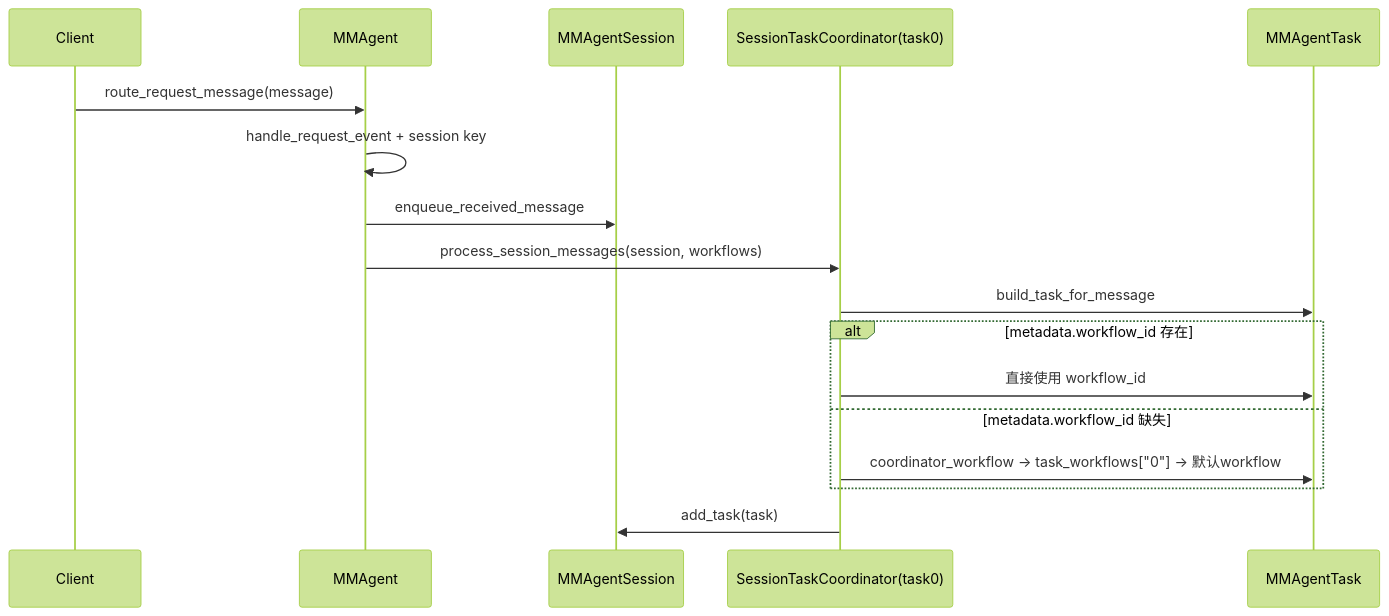
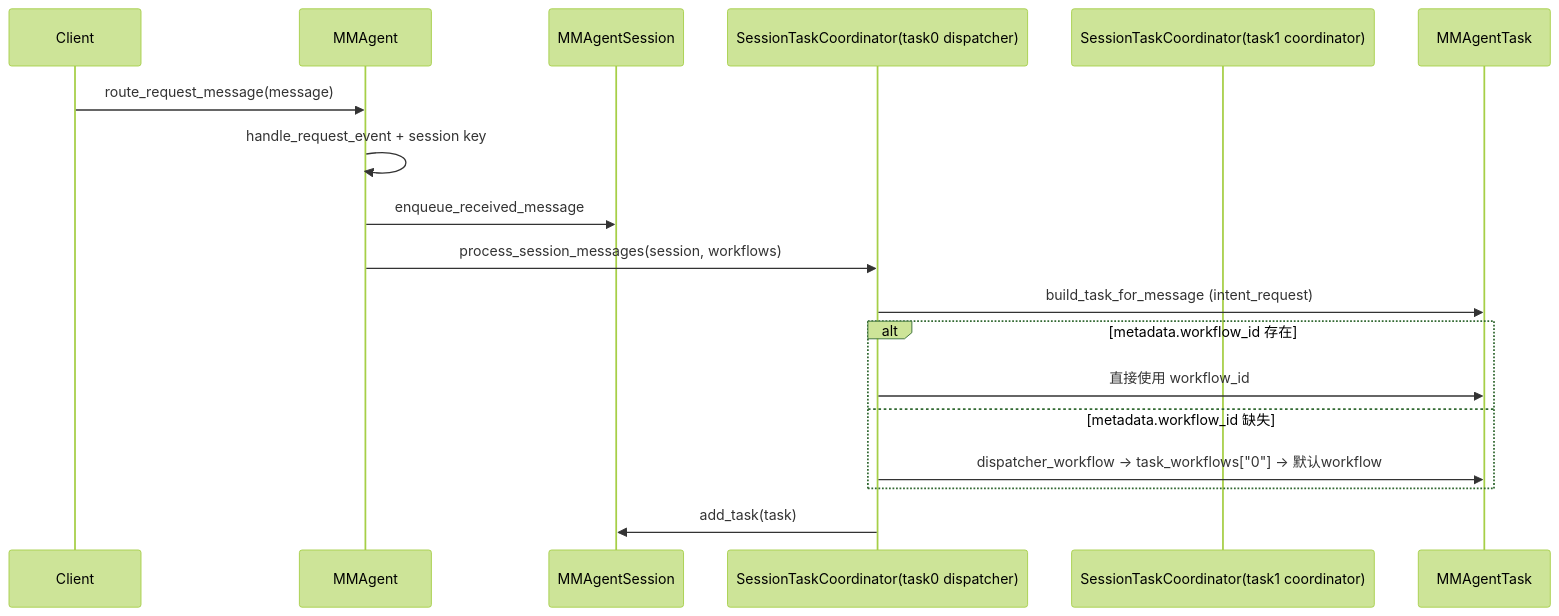
Before and after one commit to xyz11274/agentf: the second of 14 diagrams in docs/ARCHITECTURE.md, drawn with Mermaid (forest theme). The commit also changed other lines of this file and 19 other files, not shown here.

````diff
--- a/docs/ARCHITECTURE.md
+++ b/docs/ARCHITECTURE.md
@@ -86,20 +86,21 @@
 ```mermaid
 sequenceDiagram
     participant C as Client
     participant A as MMAgent
     participant S as MMAgentSession
-    participant CO as SessionTaskCoordinator(task0)
+    participant DI as SessionTaskCoordinator(task0 dispatcher)
+    participant CO as SessionTaskCoordinator(task1 coordinator)
     participant T as MMAgentTask
 
     C->>A: route_request_message(message)
     A->>A: handle_request_event + session key
     A->>S: enqueue_received_message
-    A->>CO: process_session_messages(session, workflows)
-    CO->>T: build_task_for_message
+    A->>DI: process_session_messages(session, workflows)
+    DI->>T: build_task_for_message (intent_request)
     alt metadata.workflow_id 存在
-      CO->>T: 直接使用 workflow_id
+      DI->>T: 直接使用 workflow_id
     else metadata.workflow_id 缺失
-      CO->>T: coordinator_workflow -> task_workflows["0"] -> 默认workflow
+      DI->>T: dispatcher_workflow -> task_workflows["0"] -> 默认workflow
     end
-    CO->>S: add_task(task)
+    DI->>S: add_task(task)
 ```
````
